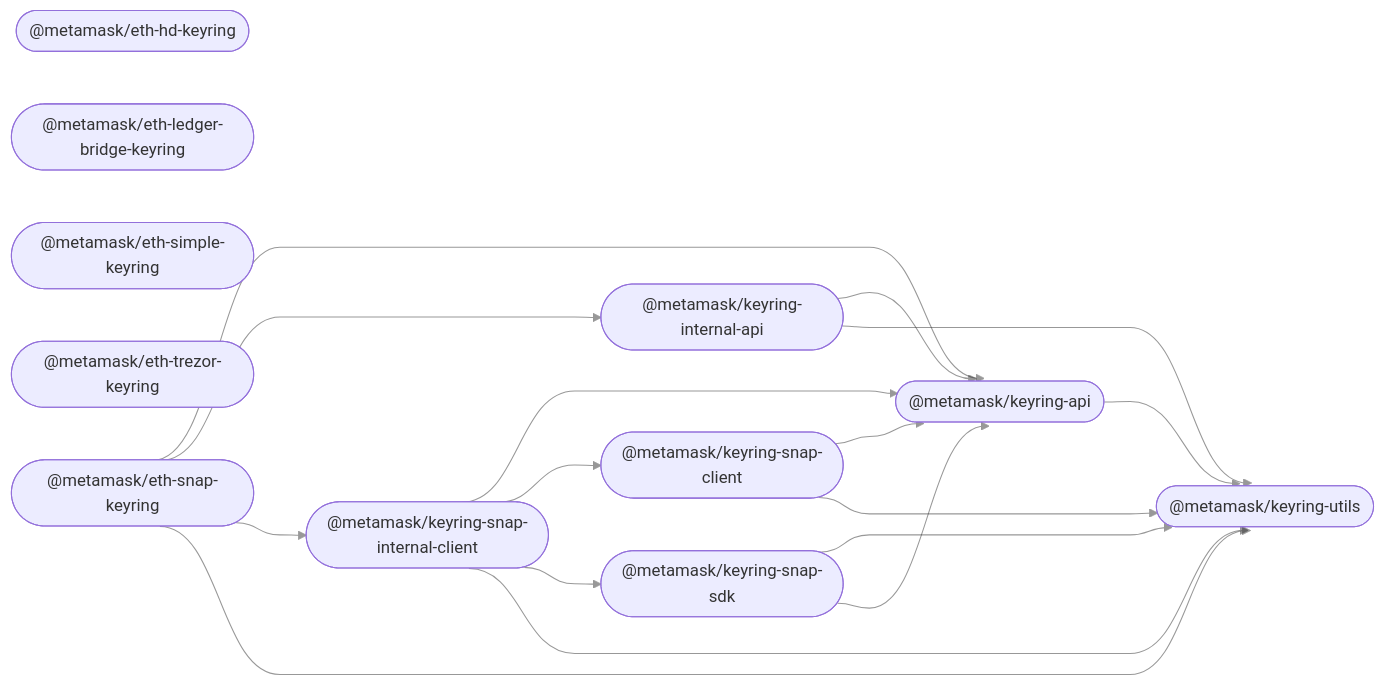
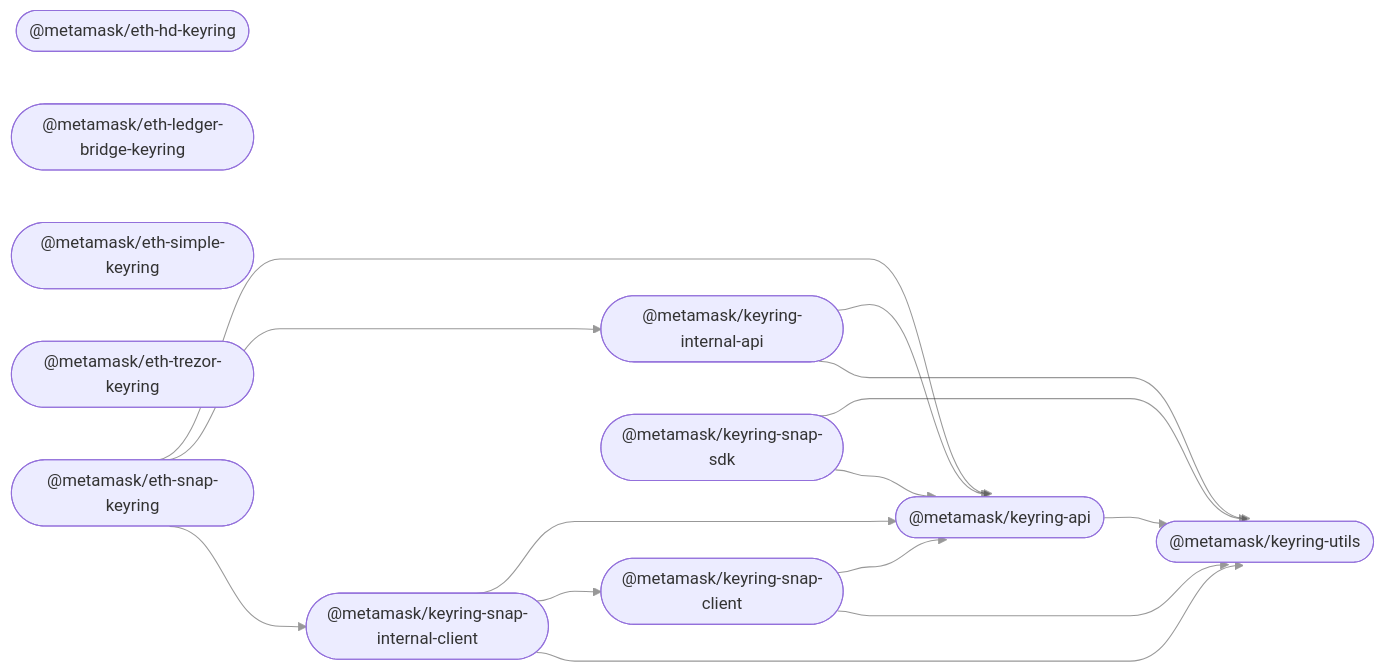
One commit to MetaMask/accounts changed the diagram in README.md. Above: the diagram before and after it, drawn with Mermaid. The commit also changed 5 other files, not shown here.

````diff
--- a/README.md
+++ b/README.md
@@ -33,31 +33,29 @@
 ```mermaid
 %%{ init: { 'flowchart': { 'curve': 'bumpX' } } }%%
 graph LR;
 linkStyle default opacity:0.5
   keyring_api(["@metamask/keyring-api"]);
   eth_hd_keyring(["@metamask/eth-hd-keyring"]);
   eth_ledger_bridge_keyring(["@metamask/eth-ledger-bridge-keyring"]);
   eth_simple_keyring(["@metamask/eth-simple-keyring"]);
   eth_trezor_keyring(["@metamask/eth-trezor-keyring"]);
   keyring_internal_api(["@metamask/keyring-internal-api"]);
   eth_snap_keyring(["@metamask/eth-snap-keyring"]);
   keyring_snap_client(["@metamask/keyring-snap-client"]);
   keyring_snap_internal_client(["@metamask/keyring-snap-internal-client"]);
   keyring_snap_sdk(["@metamask/keyring-snap-sdk"]);
   keyring_utils(["@metamask/keyring-utils"]);
   keyring_api --> keyring_utils;
   keyring_internal_api --> keyring_api;
   keyring_internal_api --> keyring_utils;
   eth_snap_keyring --> keyring_api;
   eth_snap_keyring --> keyring_internal_api;
   eth_snap_keyring --> keyring_snap_internal_client;
-  eth_snap_keyring --> keyring_utils;
   keyring_snap_client --> keyring_api;
   keyring_snap_client --> keyring_utils;
   keyring_snap_internal_client --> keyring_api;
   keyring_snap_internal_client --> keyring_snap_client;
-  keyring_snap_internal_client --> keyring_snap_sdk;
   keyring_snap_internal_client --> keyring_utils;
   keyring_snap_sdk --> keyring_utils;
   keyring_snap_sdk --> keyring_api;
 ```
````
